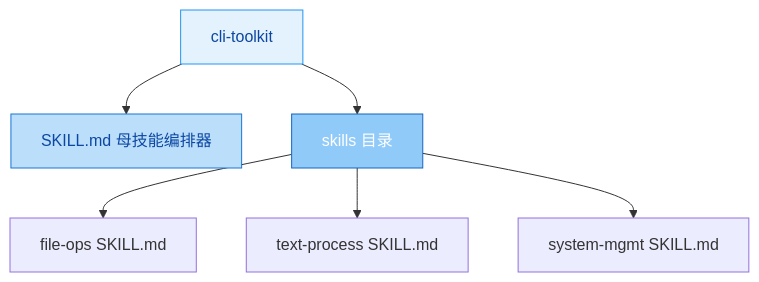
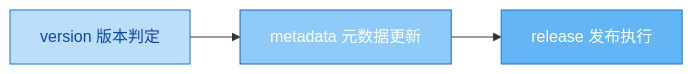
The fifth of 7 diagrams in skill-factory/SKILL.md (morning-start/coze-skills), drawn with Mermaid before and after one commit. The commit also changed other lines of this file and 10 other files, not shown here.

````diff
--- a/skill-factory/SKILL.md
+++ b/skill-factory/SKILL.md
@@ -247,12 +272,9 @@
 ```mermaid
-graph TD
-    A[cli-toolkit] --> B[SKILL.md 母技能编排器]
-    A --> C[skills 目录]
-    C --> D[file-ops SKILL.md]
-    C --> E[text-process SKILL.md]
-    C --> F[system-mgmt SKILL.md]
-    
-    style A fill:#e3f2fd,stroke:#2196f3,color:#0d47a1
-    style B fill:#bbdefb,stroke:#1976d2,color:#0d47a1
-    style C fill:#90caf9,stroke:#1565c0,color:#ffffff
+flowchart LR
+    V[version 版本判定] --> M[metadata 元数据更新]
+    M --> R[release 发布执行]
+
+    style V fill:#bbdefb,stroke:#1976d2,color:#0d47a1
+    style M fill:#90caf9,stroke:#1565c0,color:#ffffff
+    style R fill:#64b5f6,stroke:#1976d2,color:#ffffff
 ```
````
